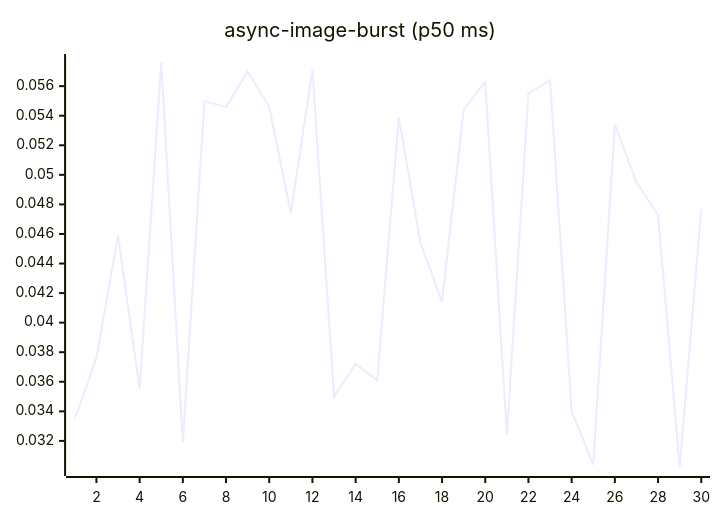
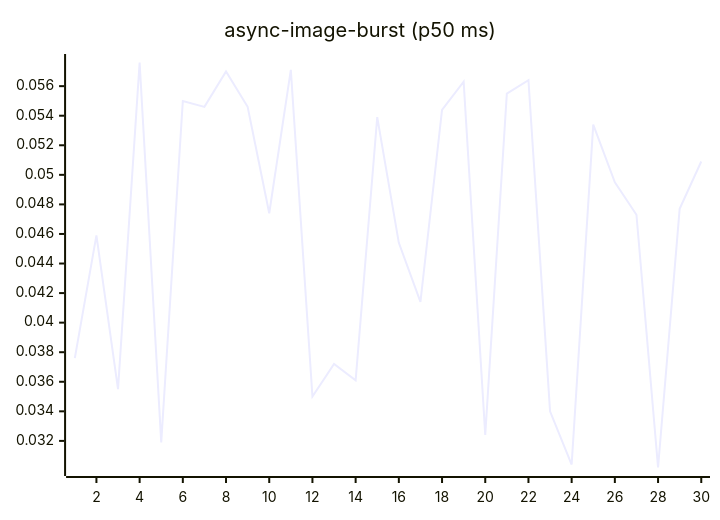
Before and after one commit to josha/Facet: the fourth of 27 diagrams in README.md, drawn with Mermaid. The commit also changed other lines of this file and 2 other files, not shown here.

````diff
--- a/README.md
+++ b/README.md
@@ -84,6 +84,6 @@
 ```mermaid
 xychart-beta
     title "async-image-burst (p50 ms)"
     x-axis 1 --> 30
-    line [0.0335, 0.0376, 0.0459, 0.0355, 0.0576, 0.0319, 0.0550, 0.0546, 0.0570, 0.0546, 0.0474, 0.0571, 0.0350, 0.0372, 0.0361, 0.0539, 0.0454, 0.0414, 0.0544, 0.0563, 0.0324, 0.0555, 0.0564, 0.0340, 0.0304, 0.0534, 0.0495, 0.0473, 0.0302, 0.0477]
+    line [0.0376, 0.0459, 0.0355, 0.0576, 0.0319, 0.0550, 0.0546, 0.0570, 0.0546, 0.0474, 0.0571, 0.0350, 0.0372, 0.0361, 0.0539, 0.0454, 0.0414, 0.0544, 0.0563, 0.0324, 0.0555, 0.0564, 0.0340, 0.0304, 0.0534, 0.0495, 0.0473, 0.0302, 0.0477, 0.0509]
 ```
````
